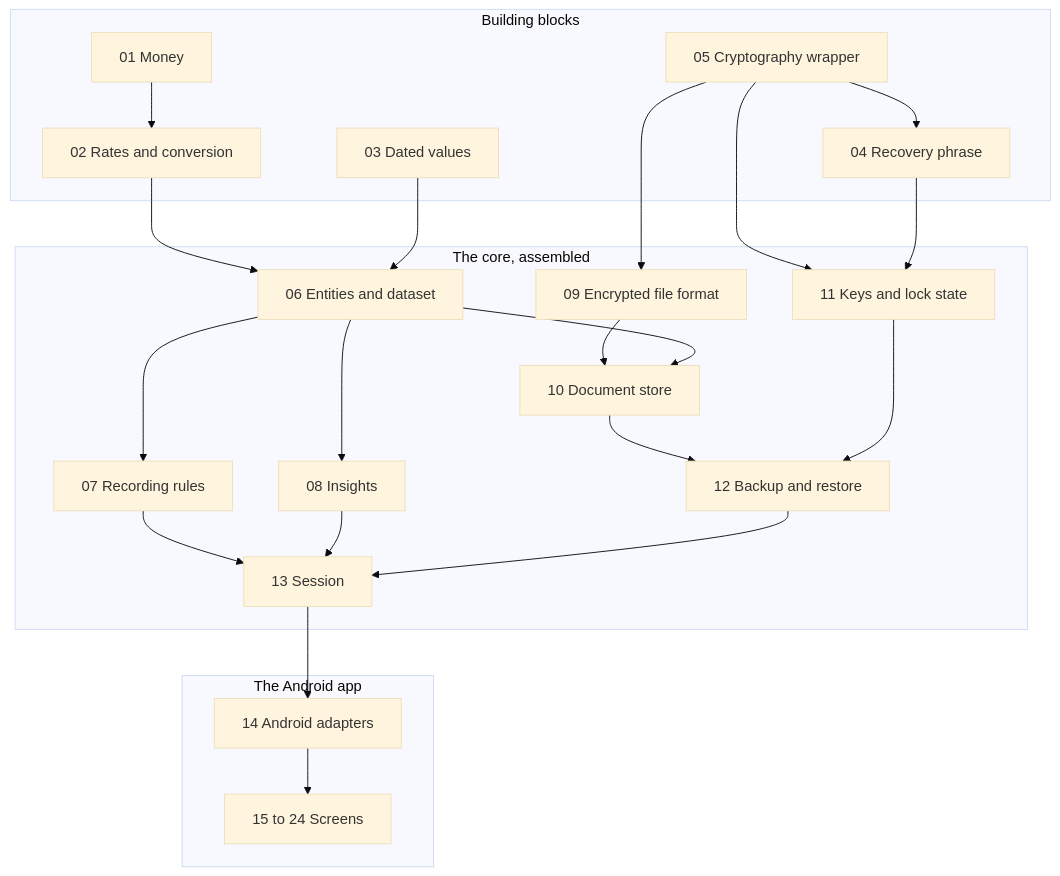
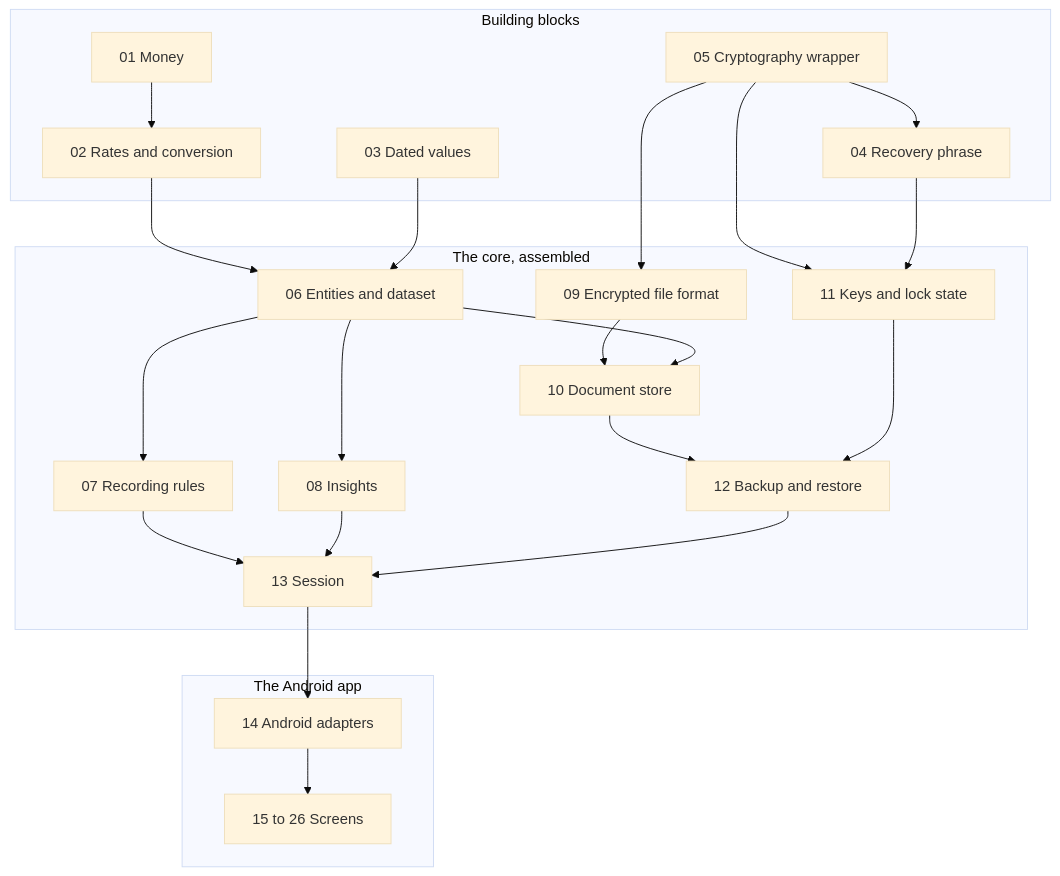
One commit to arpit92k/Fortuna changed the diagram in docs/implementation-plan.md. Above: the diagram before and after it, drawn with Mermaid (base theme). The commit also changed other lines of this file, not shown here.

Commit message:
Plan: the app stage runs to step 26, and Vico is the chart library (#73)

````diff
--- a/docs/implementation-plan.md
+++ b/docs/implementation-plan.md
@@ -60,43 +60,43 @@
 ```mermaid
 flowchart TB
     subgraph blocks["Building blocks"]
         money["01 Money"]
         rates["02 Rates and conversion"]
         dated["03 Dated values"]
         phrase["04 Recovery phrase"]
         crypto["05 Cryptography wrapper"]
     end
     subgraph core["The core, assembled"]
         entities["06 Entities and dataset"]
         rules["07 Recording rules"]
         insights["08 Insights"]
         format["09 Encrypted file format"]
         store["10 Document store"]
         keys["11 Keys and lock state"]
         backup["12 Backup and restore"]
         session["13 Session"]
     end
     subgraph app["The Android app"]
         adapters["14 Android adapters"]
-        screens["15 to 24 Screens"]
+        screens["15 to 26 Screens"]
     end
 
     money --> rates
     rates --> entities
     dated --> entities
     entities --> rules
     entities --> insights
     crypto --> phrase
     crypto --> format
     format --> store
     entities --> store
     crypto --> keys
     phrase --> keys
     store --> backup
     keys --> backup
     rules --> session
     insights --> session
     backup --> session
     session --> adapters
     adapters --> screens
 ```
````
